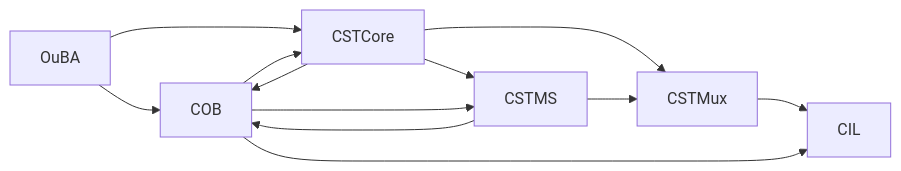
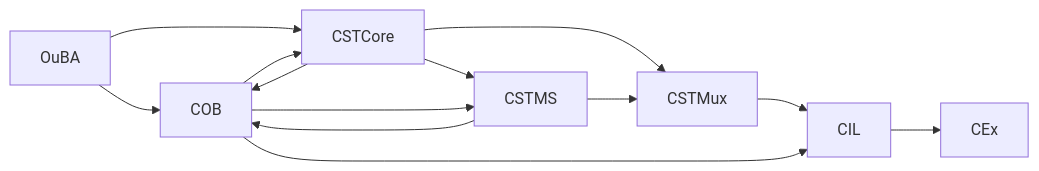
Before and after one commit to CuriousOne23/WhenMathPrays: the diagram in thought_simulator/requirements_20/20.705_patha_pathb_flow.md, drawn with Mermaid.

Commit message:
Add CIL to CEx flow in patha_pathb documentation

````diff
--- a/thought_simulator/requirements_20/20.705_patha_pathb_flow.md
+++ b/thought_simulator/requirements_20/20.705_patha_pathb_flow.md
@@ -224,20 +224,21 @@
 ```mermaid
 flowchart LR
 
     %% ===== Meaning Layer → Stability Layer =====
     OuBA --> COB
     OuBA --> CSTCore
 
     %% ===== Stability Layer =====
     CSTCore --> CSTMS
     CSTCore --> CSTMux
     CSTMS --> CSTMux
     CSTCore --> COB
     CSTMS --> COB
     COB --> CSTCore
     COB --> CSTMS
 
     %% ====== To CIL =========
     CSTMux --> CIL
     COB --> CIL
+    CIL --> CEx
 ```
````
